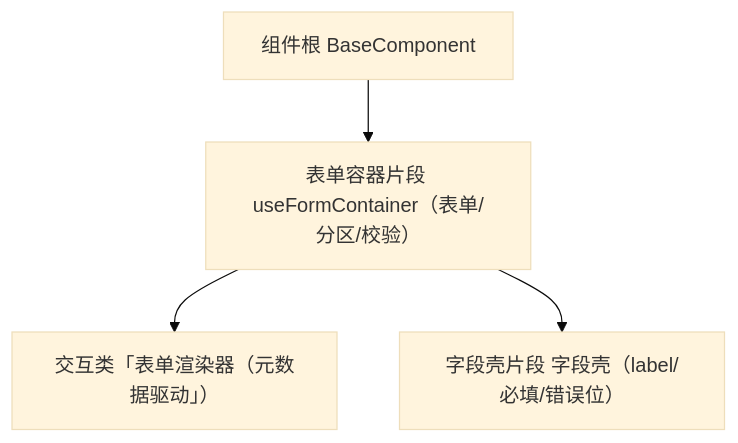
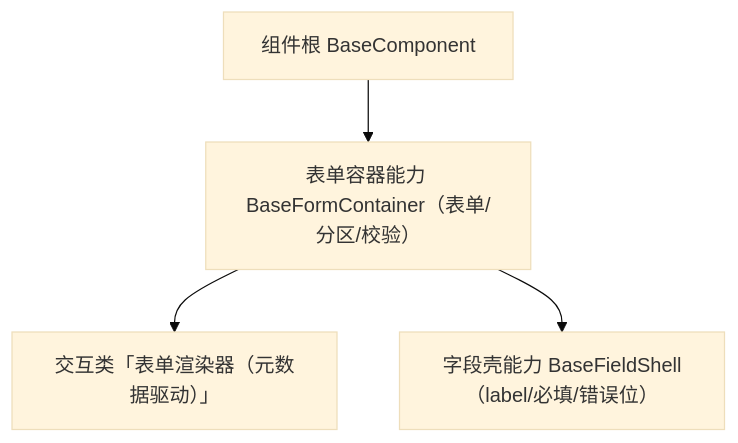
Before and after one commit to minjian123/basic-management-system: the diagram in bms文档/设计/组件设计/02_基础组件类/02_能力片段/05_组件设计_表单容器片段/05_组件设计_表单容器片段.md, drawn with Mermaid (base theme). The commit also changed other lines of this file and 49 other files, not shown here.

````diff
--- a/bms文档/设计/组件设计/02_基础组件类/02_能力片段/05_组件设计_表单容器片段/05_组件设计_表单容器片段.md
+++ b/bms文档/设计/组件设计/02_基础组件类/02_能力片段/05_组件设计_表单容器片段/05_组件设计_表单容器片段.md
@@ -15,6 +15,6 @@
 ```mermaid
 flowchart TD
-    COMP["组件根 BaseComponent"] --> FC["表单容器片段 useFormContainer（表单/分区/校验）"]
-    FC --> R["交互类「表单渲染器（元数据驱动」）"]
-    FC --> C["字段壳片段 字段壳（label/必填/错误位）"]
+    COMP["组件根 BaseComponent"] --> FC["表单容器能力 BaseFormContainer（表单/分区/校验）"]
+    FC --> R["交互类「表单渲染器（元数据驱动）」"]
+    FC --> C["字段壳能力 BaseFieldShell（label/必填/错误位）"]
 ```
````
